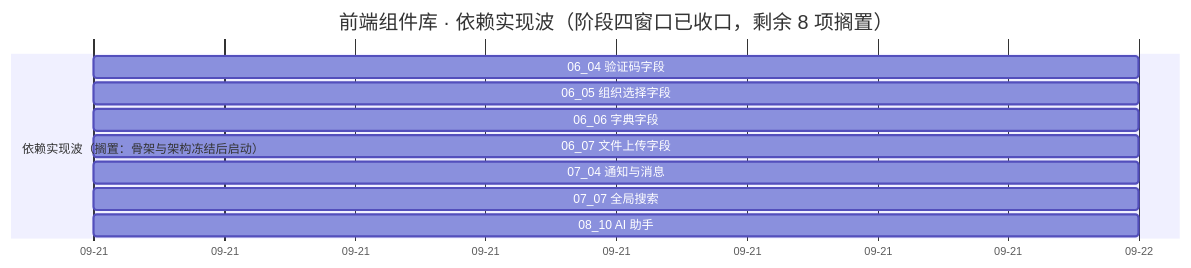
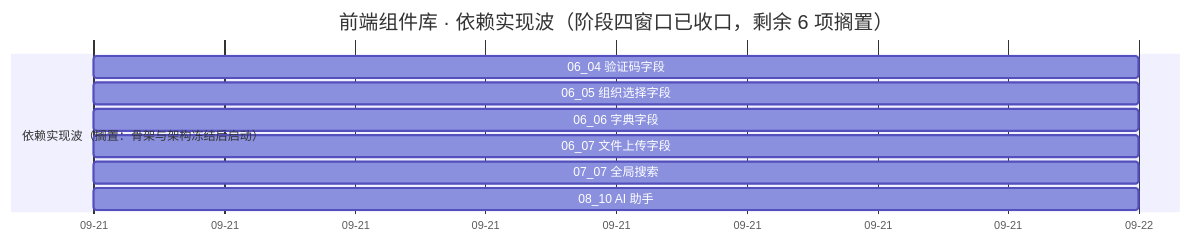
One commit to minjian123/basic-management-system changed the diagram in bms文档/项目/04_前端组件库/计划/01_计划_前端组件库.md. Above: the diagram before and after it, drawn with Mermaid. The commit also changed other lines of this file and 10 other files, not shown here.

````diff
--- a/bms文档/项目/04_前端组件库/计划/01_计划_前端组件库.md
+++ b/bms文档/项目/04_前端组件库/计划/01_计划_前端组件库.md
@@ -76,15 +76,14 @@
 ```mermaid
 gantt
-    title 前端组件库 · 依赖实现波（阶段四窗口已收口，剩余 8 项搁置）
+    title 前端组件库 · 依赖实现波（阶段四窗口已收口，剩余 6 项搁置）
     dateFormat  YYYY-MM-DD
     axisFormat %m-%d
     %% 已完成任务不入甘特：域 02 / 03 / 04 / 05 / 10 与域 06（06_01 ~ 06_03）、域 07（07_01 ~ 07_03 / 07_05 / 07_06）、域 08（08_01 ~ 08_09）均已完成
     section 依赖实现波（搁置：骨架与架构冻结后启动）
     06_04 验证码字段 :c0604, 2026-09-21, 1d
     06_05 组织选择字段 :c0605, 2026-09-21, 1d
     06_06 字典字段 :c0606, 2026-09-21, 1d
     06_07 文件上传字段 :c0607, 2026-09-21, 1d
-    07_04 通知与消息 :c0704, 2026-09-21, 1d
     07_07 全局搜索 :c0707, 2026-09-21, 1d
     08_10 AI 助手 :c0810, 2026-09-21, 1d
 ```
````
